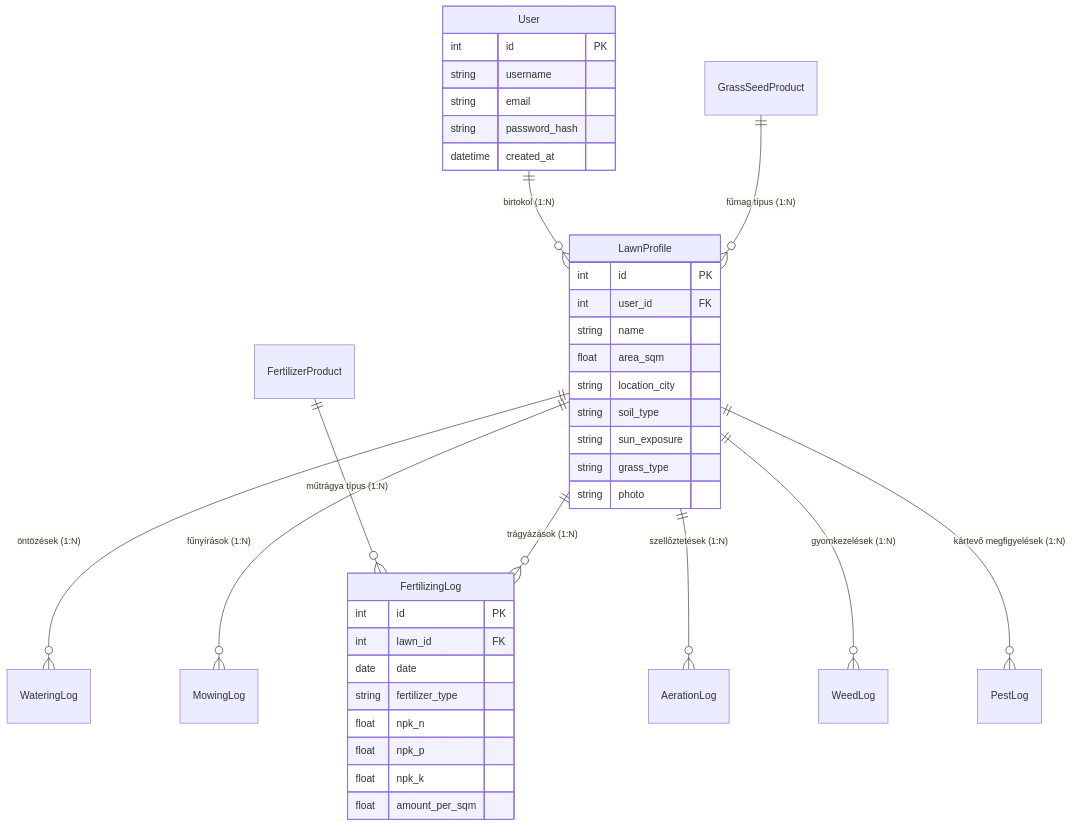
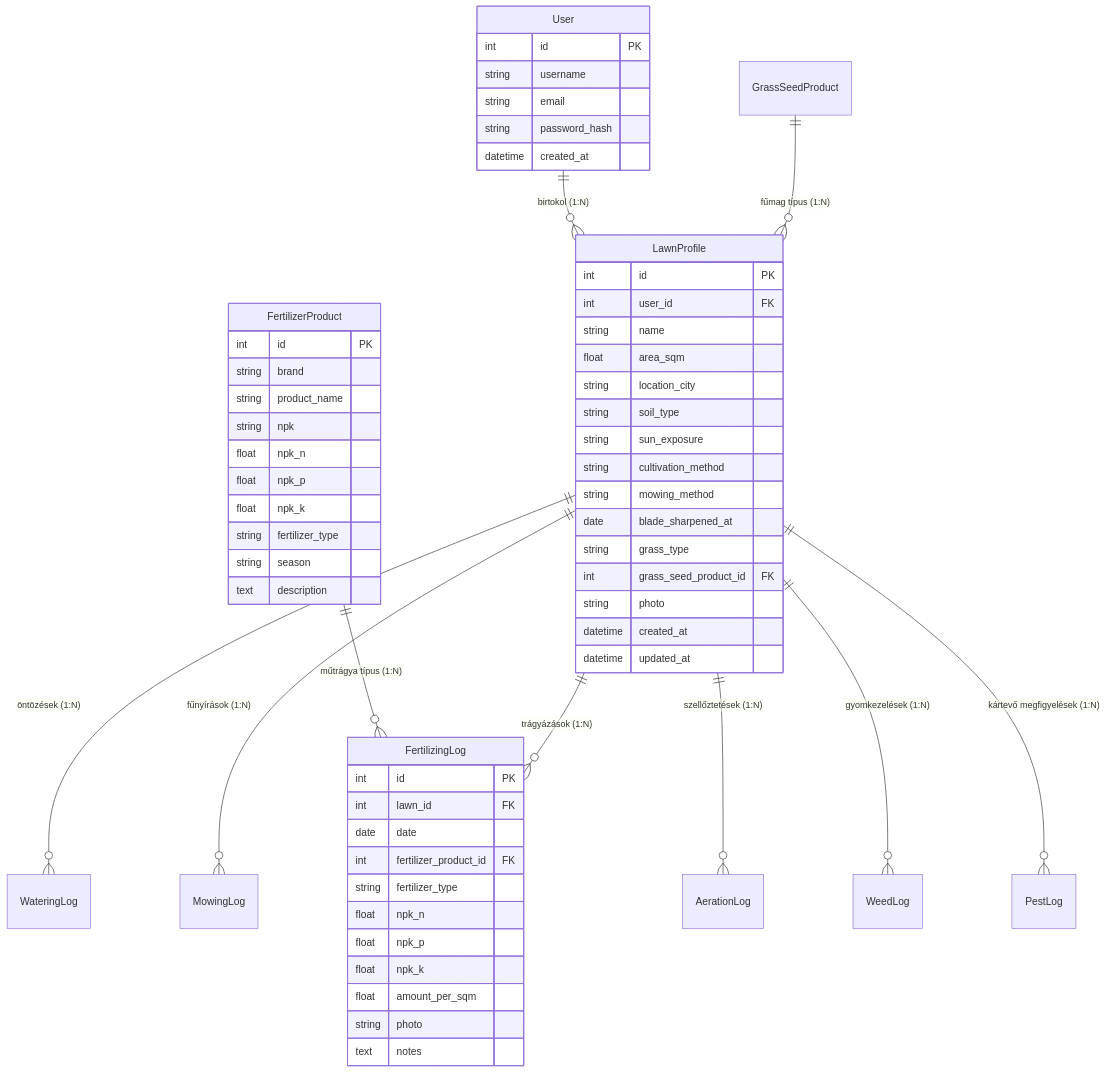
Before and after one commit to JosephWolf1986/GyepMester: the diagram in README.md, drawn with Mermaid. The commit also changed other lines of this file and 6 other files, not shown here.

Commit message:
feat: extend lawn profile with cultivation/mowing details, historical fertilization logs, and API support for adding fertilizer products

````diff
--- a/README.md
+++ b/README.md
@@ -62,44 +62,66 @@
 ```mermaid
 erDiagram
     User ||--o{ LawnProfile : "birtokol (1:N)"
     GrassSeedProduct ||--o{ LawnProfile : "fűmag típus (1:N)"
     FertilizerProduct ||--o{ FertilizingLog : "műtrágya típus (1:N)"
     
     LawnProfile ||--o{ WateringLog : "öntözések (1:N)"
     LawnProfile ||--o{ MowingLog : "fűnyírások (1:N)"
     LawnProfile ||--o{ FertilizingLog : "trágyázások (1:N)"
     LawnProfile ||--o{ AerationLog : "szellőztetések (1:N)"
     LawnProfile ||--o{ WeedLog : "gyomkezelések (1:N)"
     LawnProfile ||--o{ PestLog : "kártevő megfigyelések (1:N)"
 
     User {
         int id PK
         string username
         string email
         string password_hash
         datetime created_at
     }
 
     LawnProfile {
         int id PK
         int user_id FK
         string name
         float area_sqm
         string location_city
         string soil_type
         string sun_exposure
+        string cultivation_method
+        string mowing_method
+        date blade_sharpened_at
         string grass_type
+        int grass_seed_product_id FK
         string photo
+        datetime created_at
+        datetime updated_at
+    }
+
+    FertilizerProduct {
+        int id PK
+        string brand
+        string product_name
+        string npk
+        float npk_n
+        float npk_p
+        float npk_k
+        string fertilizer_type
+        string season
+        text description
     }
 
     FertilizingLog {
         int id PK
         int lawn_id FK
         date date
+        int fertilizer_product_id FK
         string fertilizer_type
         float npk_n
         float npk_p
         float npk_k
         float amount_per_sqm
+        string photo
+        text notes
     }
 ```
````
